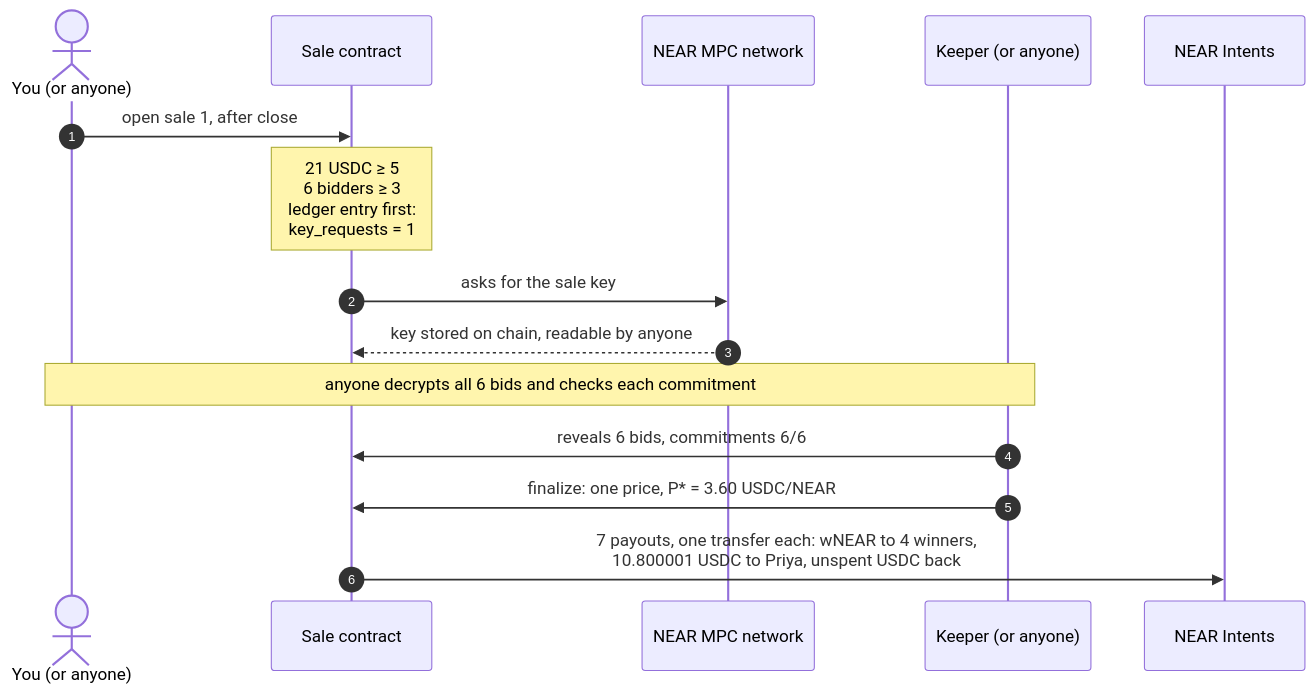
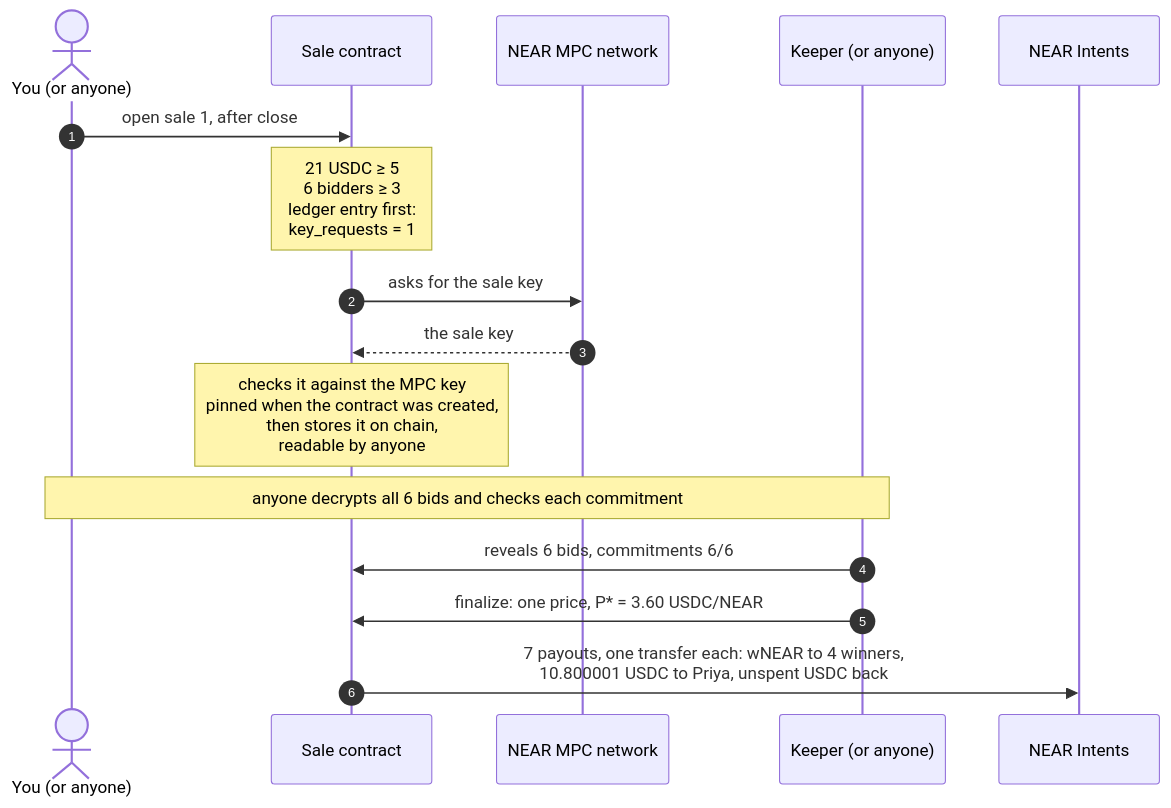
The third of 8 diagrams in README.md (kocality/tender), drawn with Mermaid before and after one commit. The commit also changed other lines of this file and 7 other files, not shown here.

````diff
--- a/README.md
+++ b/README.md
@@ -79,17 +79,18 @@
 ```mermaid
 sequenceDiagram
   autonumber
   actor Y as You (or anyone)
   participant C as Sale contract
   participant M as NEAR MPC network
   participant K as Keeper (or anyone)
   participant I as NEAR Intents
   Y->>C: open sale 1, after close
   Note over C: 21 USDC ≥ 5<br/>6 bidders ≥ 3<br/>ledger entry first:<br/>key_requests = 1
   C->>M: asks for the sale key
-  M-->>C: key stored on chain, readable by anyone
+  M-->>C: the sale key
+  Note over C: checks it against the MPC key<br/>pinned when the contract was created,<br/>then stores it on chain,<br/>readable by anyone
   Note over Y,K: anyone decrypts all 6 bids and checks each commitment
   K->>C: reveals 6 bids, commitments 6/6
   K->>C: finalize: one price, P* = 3.60 USDC/NEAR
   C->>I: 7 payouts, one transfer each: wNEAR to 4 winners,<br/>10.800001 USDC to Priya, unspent USDC back
 ```
````
